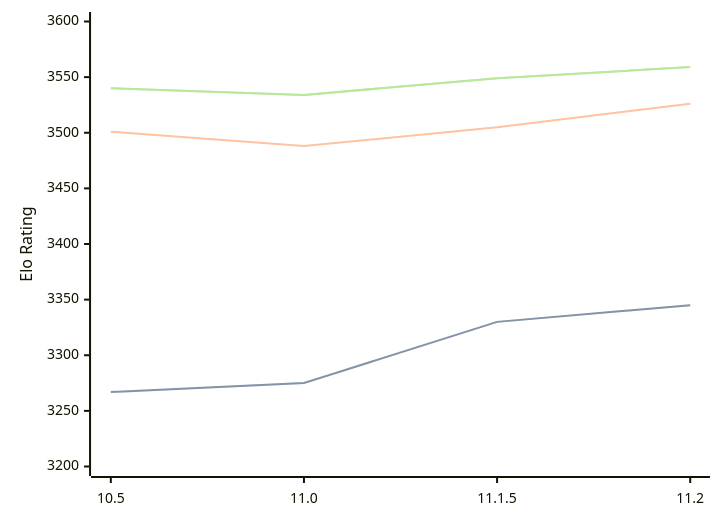
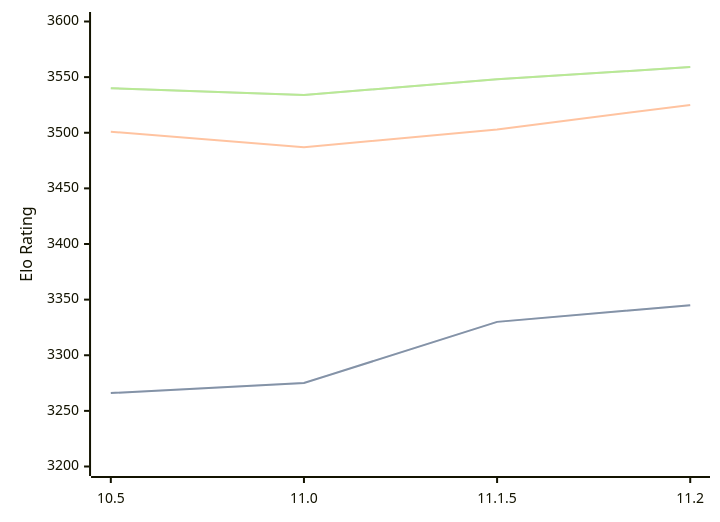
Before and after one commit to computer-chess-index/cci: the diagram in engines/Lizard.md, drawn with Mermaid. The commit also changed other lines of this file, not shown here.

Commit message:
Update CCI Ratings (ELO VLTC) - 2026-02-28

````diff
--- a/engines/Lizard.md
+++ b/engines/Lizard.md
@@ -44,11 +44,11 @@
 ```mermaid
 %%{init: {"theme":"base","themeVariables":{"seriesColors:['#a3a3a3','#222221','#faa371']}}}%%
 xychart-beta
   x-axis ["10.5", "11.0", "11.1.5", "11.2"]
   y-axis "Elo Rating" 3200 --> 3600
-  line "STC (8.0+0.08s)" [3267, 3275, 3330, 3345]
-  line "STC (8.0+0.08s)" [3267, 3275, 3330, 3345]
-  line "LTC (60.0+0.60s)" [3501, 3488, 3505, 3526]
-  line "VLTC (2m24s+1.12s)" [3540, 3534, 3549, 3559]
-  line "VLTC (2m24s+1.12s)" [3540, 3534, 3549, 3559]
+  line "STC (8.0+0.08s)" [3266, 3275, 3330, 3345]
+  line "STC (8.0+0.08s)" [3266, 3275, 3330, 3345]
+  line "LTC (60.0+0.60s)" [3501, 3487, 3503, 3525]
+  line "VLTC (2m24s+1.12s)" [3540, 3534, 3548, 3559]
+  line "VLTC (2m24s+1.12s)" [3540, 3534, 3548, 3559]
 ```
````
